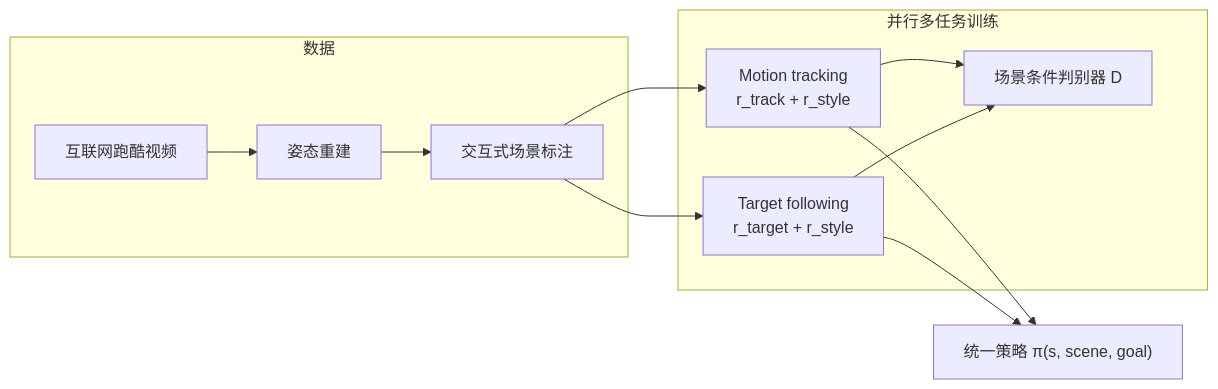
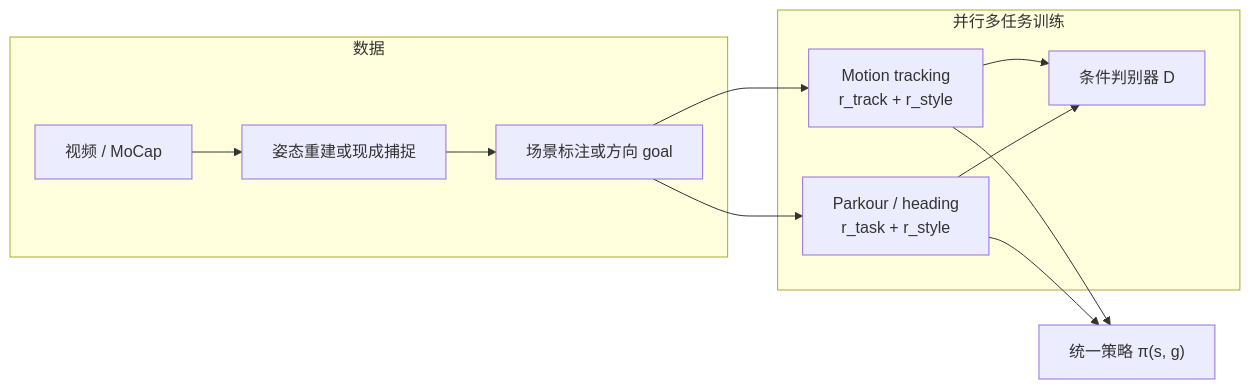
Before and after one commit to ImChong/Robotics_Notebooks: the diagram in wiki/methods/hil-hybrid-imitation-learning.md, drawn with Mermaid. The commit also changed other lines of this file and 22 other files, not shown here.

````diff
--- a/wiki/methods/hil-hybrid-imitation-learning.md
+++ b/wiki/methods/hil-hybrid-imitation-learning.md
@@ -38,19 +42,19 @@
 ```mermaid
 flowchart LR
   subgraph data [数据]
-    V[互联网跑酷视频]
-    P[姿态重建]
-    A[交互式场景标注]
+    V[视频 / MoCap]
+    P[姿态重建或现成捕捉]
+    A[场景标注或方向 goal]
   end
   subgraph train [并行多任务训练]
     T[Motion tracking<br/>r_track + r_style]
-    F[Target following<br/>r_target + r_style]
-    D[场景条件判别器 D]
+    F[Parkour / heading<br/>r_task + r_style]
+    D[条件判别器 D]
   end
   V --> P --> A --> T
   A --> F
   T --> D
   F --> D
-  T --> PI["统一策略 π(s, scene, goal)"]
+  T --> PI["统一策略 π(s, g)"]
   F --> PI
 ```
````
